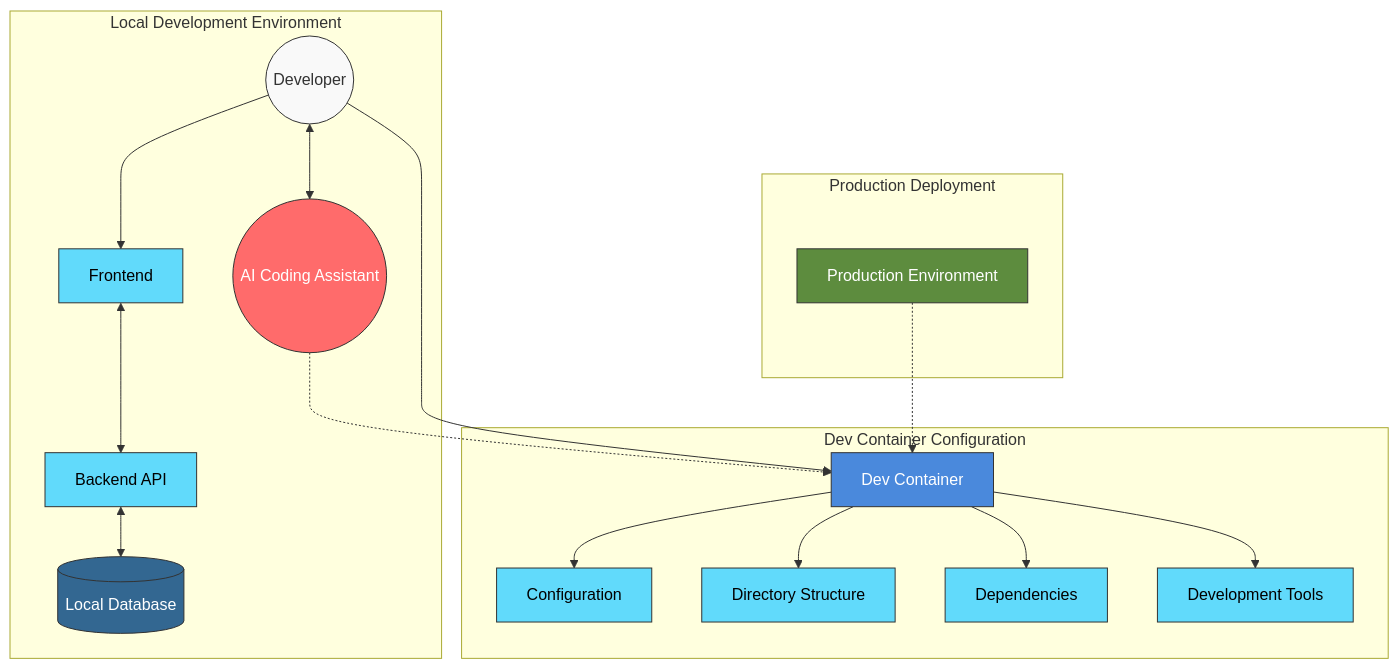
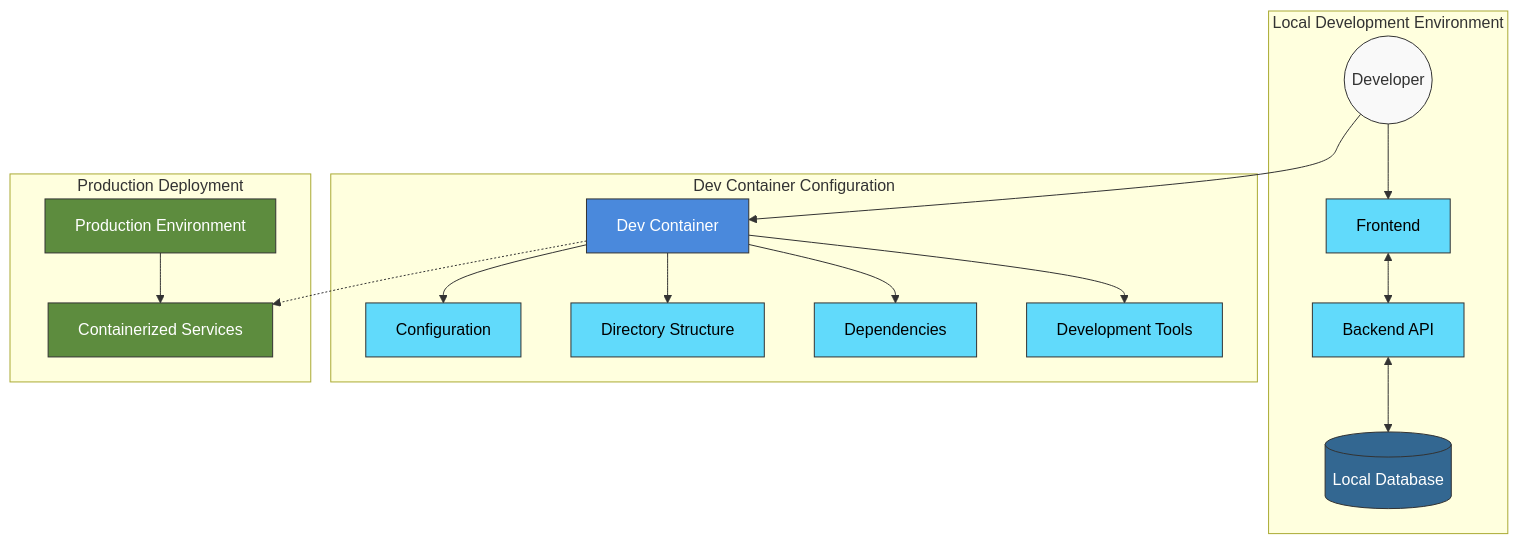
Before and after one commit to mattsilv/ai-ready-dev-containers: the diagram in README.md, drawn with Mermaid. The commit also changed other lines of this file, not shown here.

Commit message:
Update README with dev container benefits and improved diagram

````diff
--- a/README.md
+++ b/README.md
@@ -22,37 +34,35 @@
 ```mermaid
 graph TD
     subgraph "Local Development Environment"
         DevUser((Developer)) --> DevFE[Frontend]
         DevFE <--> DevBE[Backend API]
         DevBE <--> DevDB[(Local Database)]
-        DevUser <--> AIAssistant((AI Coding Assistant))
     end
 
     subgraph "Dev Container Configuration"
         DevContainer[Dev Container] --> Config[Configuration]
         DevContainer --> Dir[Directory Structure]
         DevContainer --> Deps[Dependencies]
         DevContainer --> Tools[Development Tools]
     end
 
-    AIAssistant -.-> DevContainer
     DevUser --> DevContainer
 
     subgraph "Production Deployment"
-        ProdEnv[Production Environment] -.-> DevContainer
+        ProdEnv[Production Environment] --> ProdContainers[Containerized Services]
     end
+
+    DevContainer -.-> ProdContainers
 
     classDef users fill:#f9f9f9,stroke:#333,stroke-width:1px;
     classDef components fill:#61DAFB,stroke:#333,stroke-width:1px,color:black;
     classDef database fill:#336791,stroke:#333,stroke-width:1px,color:white;
-    classDef ai fill:#FF6B6B,stroke:#333,stroke-width:1px,color:white;
     classDef prod fill:#5D8C3E,stroke:#333,stroke-width:1px,color:white;
     classDef container fill:#4A89DC,stroke:#333,stroke-width:1px,color:white;
 
     class DevUser users;
     class DevFE,DevBE,Config,Dir,Deps,Tools components;
     class DevDB database;
-    class AIAssistant ai;
-    class ProdEnv prod;
+    class ProdEnv,ProdContainers prod;
     class DevContainer container;
 ```
````
